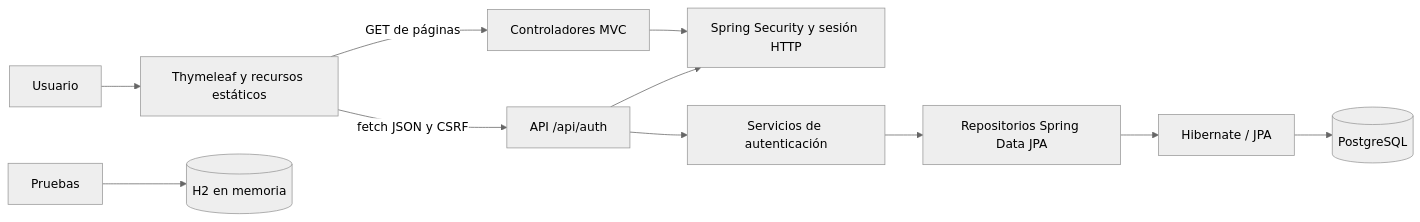
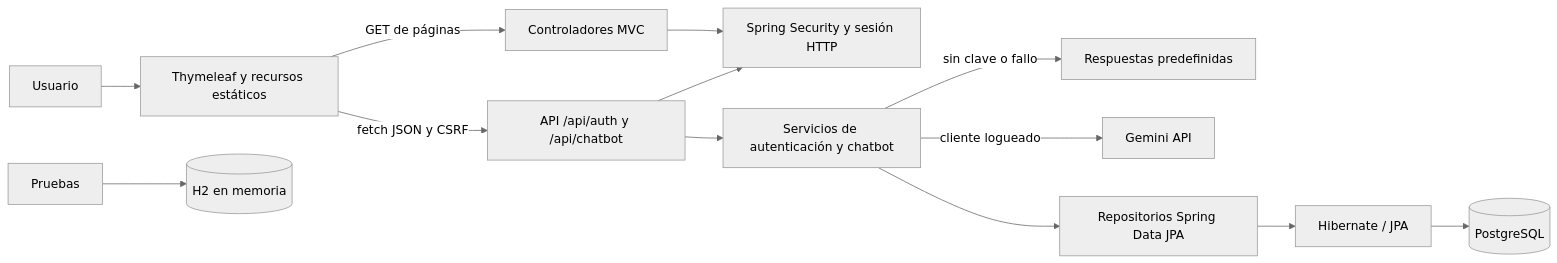
Before and after one commit to Nxj-Os/siweb-eclipse: the diagram in README.md, drawn with Mermaid (neutral theme). The commit also changed other lines of this file and 46 other files, not shown here.

````diff
--- a/README.md
+++ b/README.md
@@ -46,13 +54,15 @@
 ```mermaid
 flowchart LR
     U[Usuario] --> UI[Thymeleaf y recursos estáticos]
     UI -->|GET de páginas| MVC[Controladores MVC]
-    UI -->|fetch JSON y CSRF| API[API /api/auth]
+    UI -->|fetch JSON y CSRF| API[API /api/auth y /api/chatbot]
     MVC --> SEC[Spring Security y sesión HTTP]
     API --> SEC
-    API --> S[Servicios de autenticación]
+    API --> S[Servicios de autenticación y chatbot]
+    S -->|sin clave o fallo| P[Respuestas predefinidas]
+    S -->|cliente logueado| G[Gemini API]
     S --> R[Repositorios Spring Data JPA]
     R --> J[Hibernate / JPA]
     J --> DB[(PostgreSQL)]
     T[Pruebas] --> H2[(H2 en memoria)]
 ```
````
